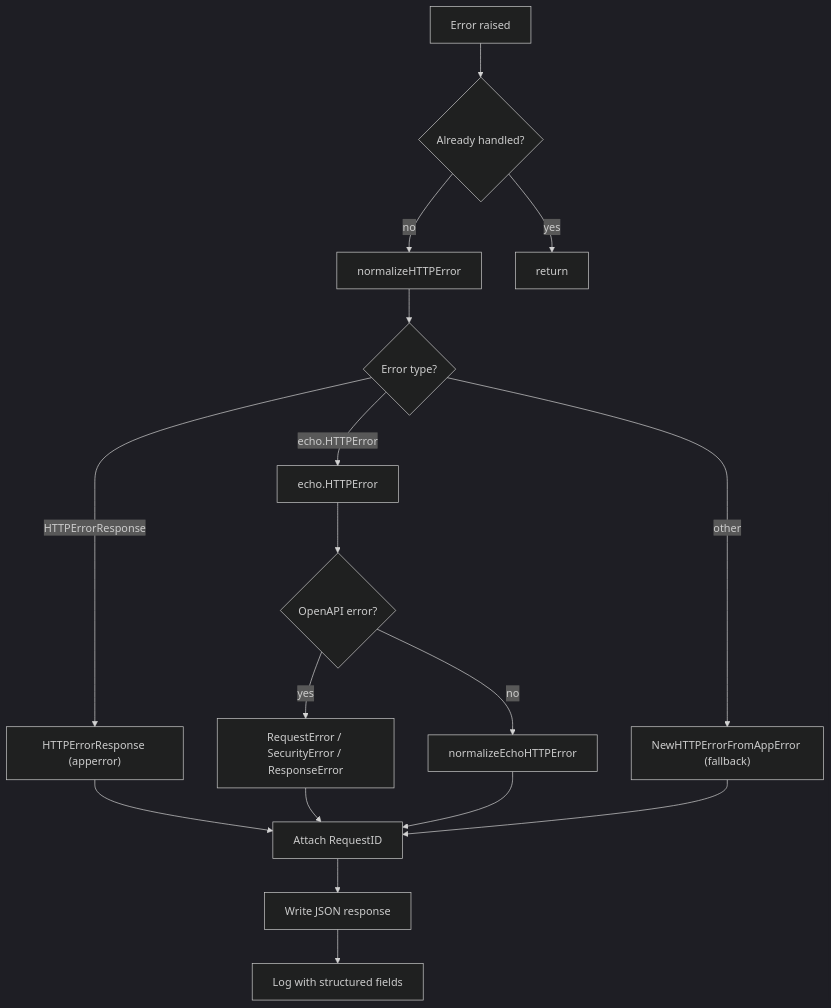
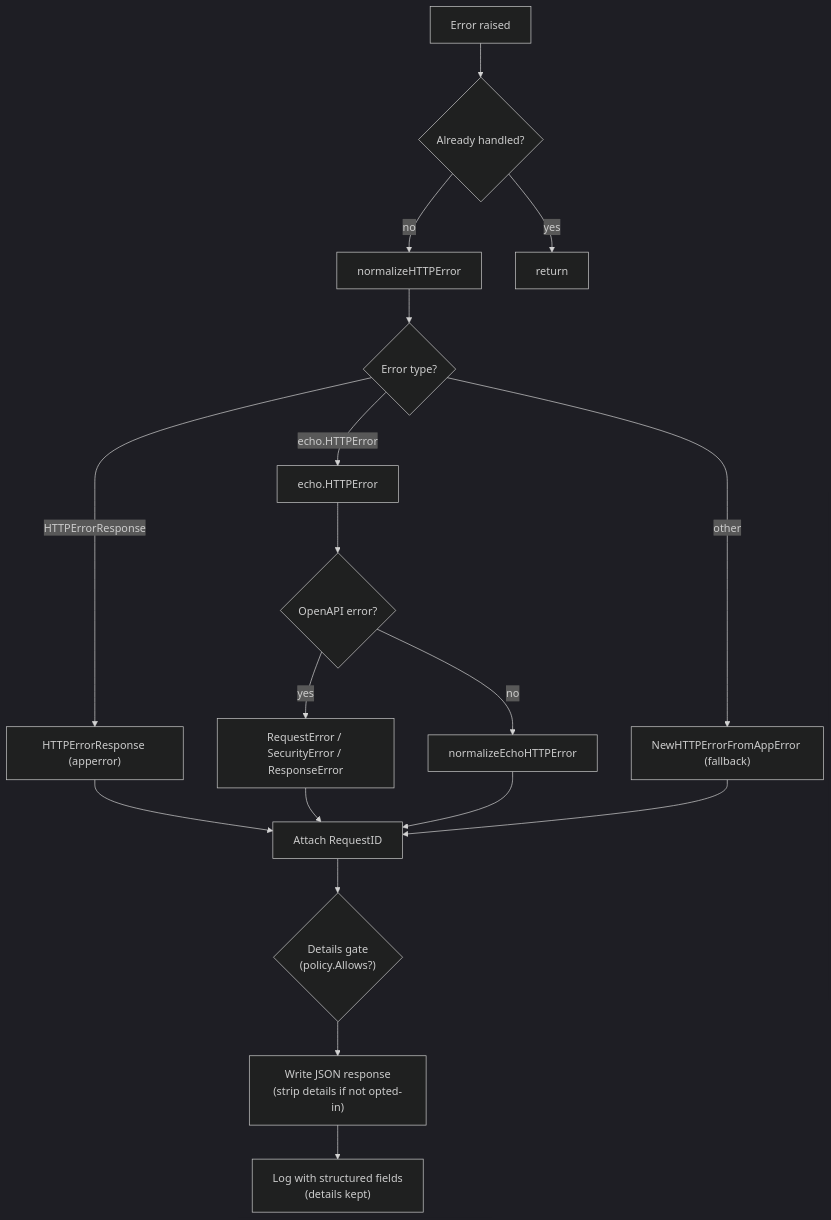
One commit to Tomy-ch/go-boilerplate changed the diagram in docs/portal/guides/controller-httpstack-errorhandler.md. Above: the diagram before and after it, drawn with Mermaid (dark theme). The commit also changed other lines of this file and 7 other files, not shown here.

````diff
--- a/docs/portal/guides/controller-httpstack-errorhandler.md
+++ b/docs/portal/guides/controller-httpstack-errorhandler.md
@@ -9,27 +9,28 @@
 ```mermaid
 flowchart TB
     Error["Error raised"]
     Guard{"Already handled?"}
     Normalize["normalizeHTTPError"]
     TypeCheck{"Error type?"}
     AppErr["HTTPErrorResponse (apperror)"]
     EchoErr["echo.HTTPError"]
     OAPICheck{"OpenAPI error?"}
     OAPIErr["RequestError / SecurityError / ResponseError"]
     EchoNorm["normalizeEchoHTTPError"]
     Fallback["NewHTTPErrorFromAppError (fallback)"]
     AddReqID["Attach RequestID"]
-    Write["Write JSON response"]
-    Log["Log with structured fields"]
+    Gate{"Details gate<br/>(policy.Allows?)"}
+    Write["Write JSON response<br/>(strip details if not opted-in)"]
+    Log["Log with structured fields<br/>(details kept)"]
 
     Error --> Guard
     Guard -- yes --> return
     Guard -- no --> Normalize
     Normalize --> TypeCheck
     TypeCheck -- HTTPErrorResponse --> AppErr --> AddReqID
     TypeCheck -- echo.HTTPError --> EchoErr --> OAPICheck
     OAPICheck -- yes --> OAPIErr --> AddReqID
     OAPICheck -- no --> EchoNorm --> AddReqID
     TypeCheck -- other --> Fallback --> AddReqID
-    AddReqID --> Write --> Log
+    AddReqID --> Gate --> Write --> Log
 ```
````
